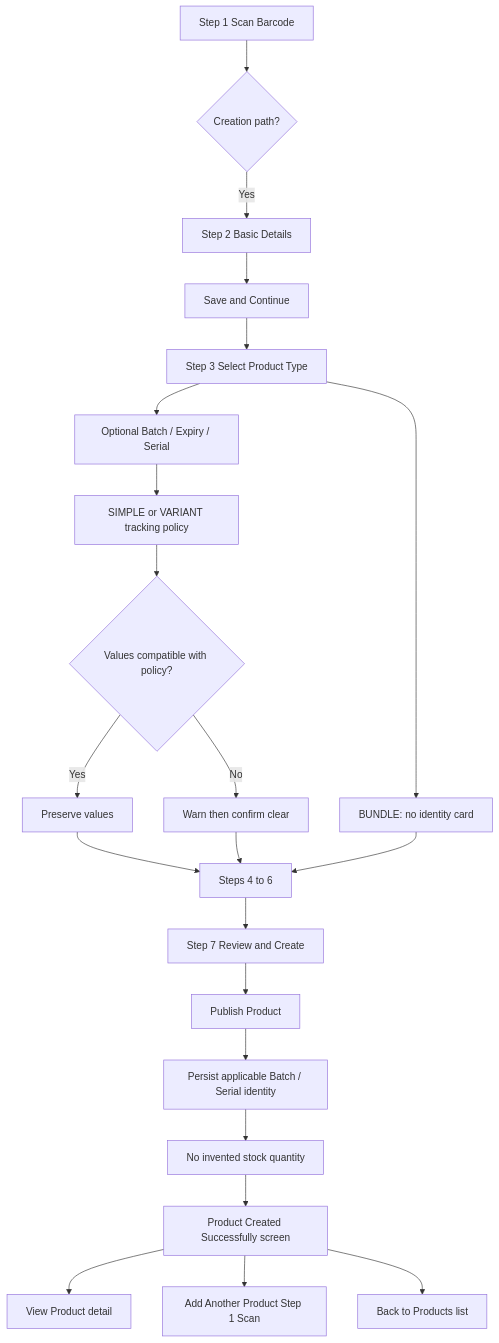
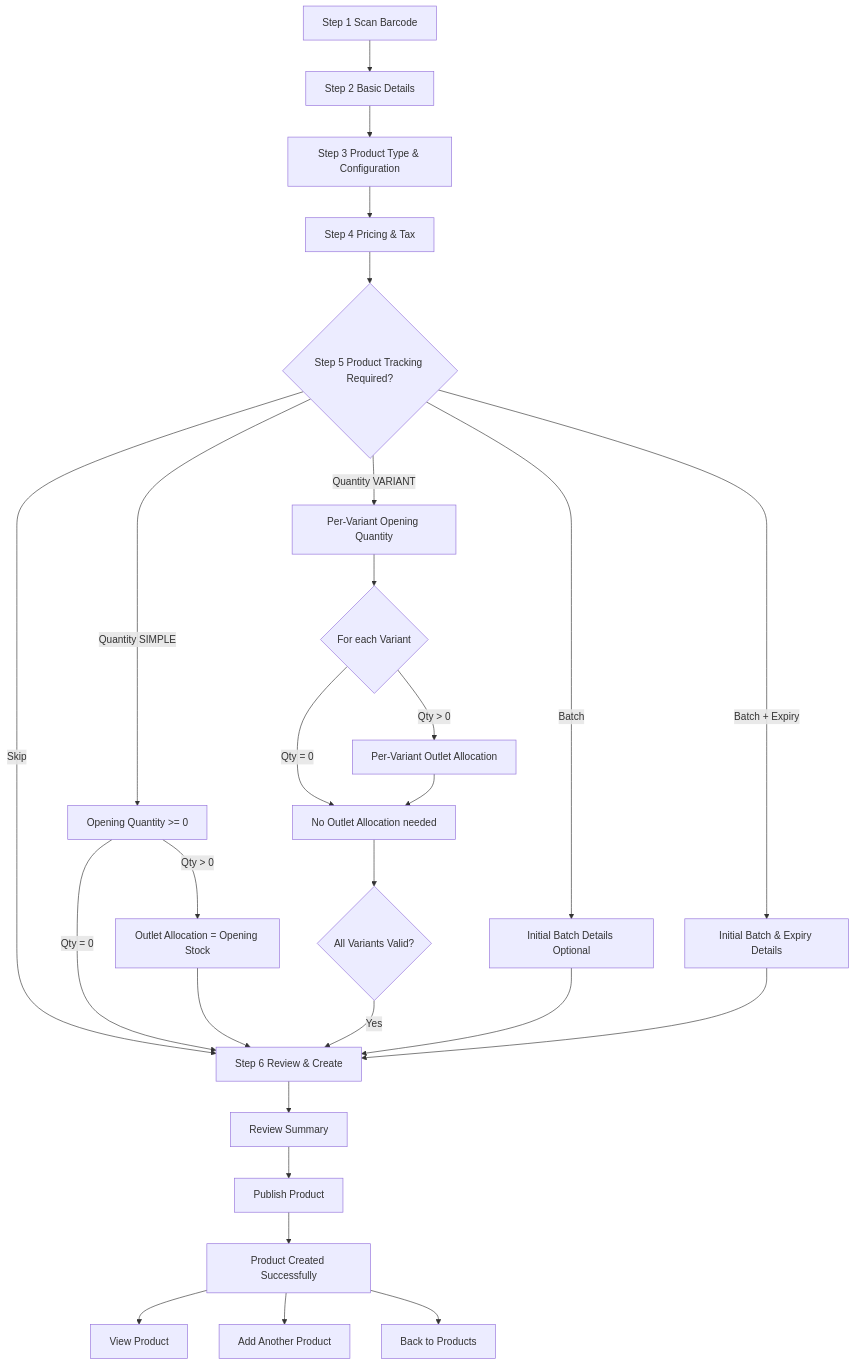
The diagram in 03_USER_JOURNEYS/Tenant_Admin/09_Product_Management_Flow.md (unicomproject/Pos-system-Knowledge), drawn with Mermaid before and after one commit. The commit also changed other lines of this file and 37 other files, not shown here.

Commit message:
Product tracking

````diff
--- a/03_USER_JOURNEYS/Tenant_Admin/09_Product_Management_Flow.md
+++ b/03_USER_JOURNEYS/Tenant_Admin/09_Product_Management_Flow.md
@@ -174,24 +187,29 @@
 ```mermaid
 flowchart TD
-    S1[Step 1 Scan Barcode] --> S1T{Creation path?}
-    S1T -->|Yes| A[Step 2 Basic Details]
-    A --> C[Save and Continue]
-    C --> D[Step 3 Select Product Type]
-    D --> B[Optional Batch / Expiry / Serial]
-    D --> J[BUNDLE: no identity card]
-    B --> I[SIMPLE or VARIANT tracking policy]
-    I --> E{Values compatible with policy?}
-    E -->|Yes| F[Preserve values]
-    E -->|No| G[Warn then confirm clear]
-    F --> H[Steps 4 to 6]
-    G --> H
-    J --> H
-    H --> R[Step 7 Review and Create]
+    S1[Step 1 Scan Barcode] --> S2[Step 2 Basic Details]
+    S2 --> S3[Step 3 Product Type & Configuration]
+    S3 --> S4[Step 4 Pricing & Tax]
+    S4 --> S5{Step 5 Product Tracking Required?}
+    S5 -->|Skip| S6[Step 6 Review & Create]
+    S5 -->|Quantity SIMPLE| SQS[Opening Quantity >= 0]
+    SQS -->|Qty = 0| S6
+    SQS -->|Qty > 0| OA[Outlet Allocation = Opening Stock]
+    OA --> S6
+    S5 -->|Quantity VARIANT| VQS[Per-Variant Opening Quantity]
+    VQS --> VPV{For each Variant}
+    VPV -->|Qty = 0| VQS0[No Outlet Allocation needed]
+    VPV -->|Qty > 0| VOA[Per-Variant Outlet Allocation]
+    VOA --> VQS0
+    VQS0 --> AllValid{All Variants Valid?}
+    AllValid -->|Yes| S6
+    S5 -->|Batch| BATCH[Initial Batch Details Optional]
+    BATCH --> S6
+    S5 -->|Batch + Expiry| BEXP[Initial Batch & Expiry Details]
+    BEXP --> S6
+    S6 --> R[Review Summary]
     R --> P[Publish Product]
-    P --> K[Persist applicable Batch / Serial identity]
-    K --> L[No invented stock quantity]
-    L --> S[Product Created Successfully screen]
-    S --> VP[View Product detail]
-    S --> AA[Add Another Product Step 1 Scan]
-    S --> BL[Back to Products list]
+    P --> S[Product Created Successfully]
+    S --> VP[View Product]
+    S --> AA[Add Another Product]
+    S --> BL[Back to Products]
 ```
````
